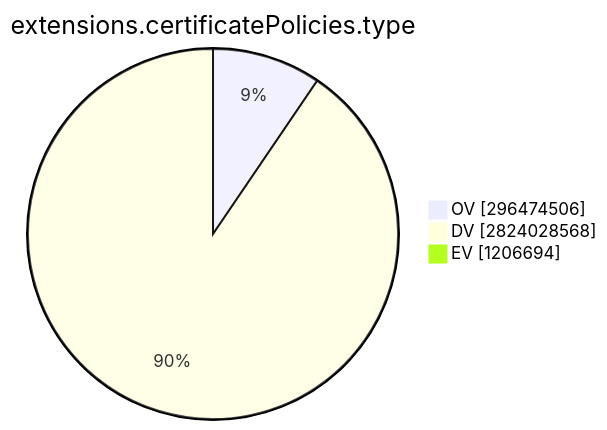
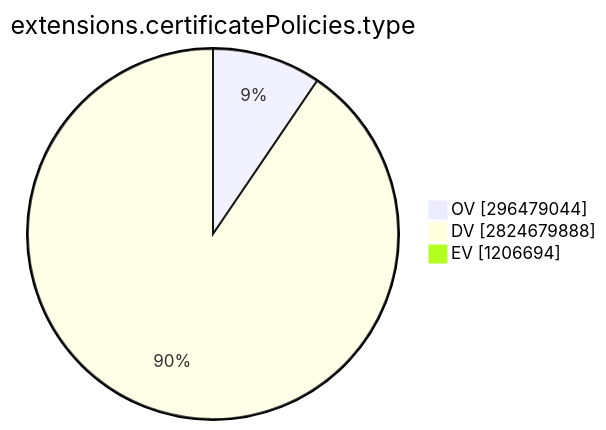
One commit to christiankrug/ctmonitor_visualization changed the ninth of 15 diagrams in TOTAL/README.md. Above: the diagram before and after it, drawn with Mermaid. The commit also changed other lines of this file, not shown here.

````diff
--- a/TOTAL/README.md
+++ b/TOTAL/README.md
@@ -3099,7 +3099,7 @@
 ```mermaid
 pie showData
 title extensions.certificatePolicies.type
-"OV" :296474506
-"DV" :2824028568
+"OV" :296479044
+"DV" :2824679888
 "EV" :1206694
 ```
````
